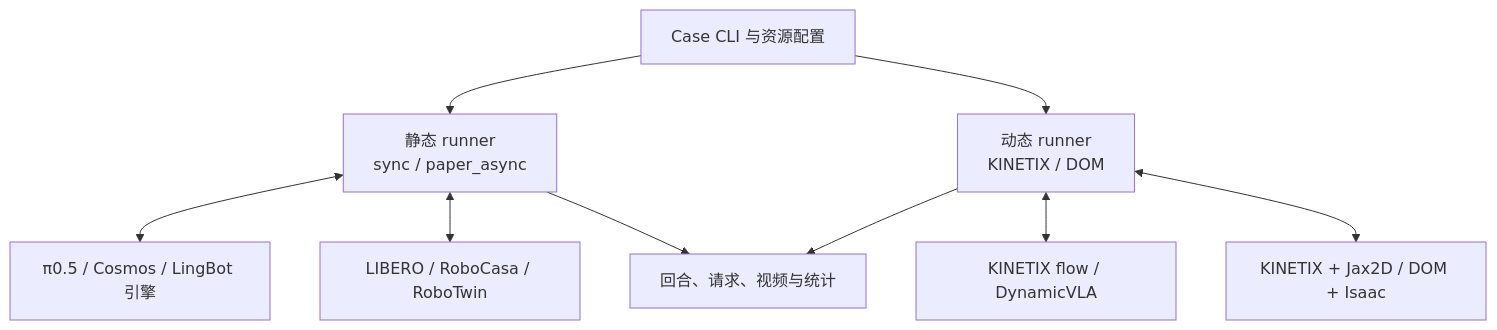
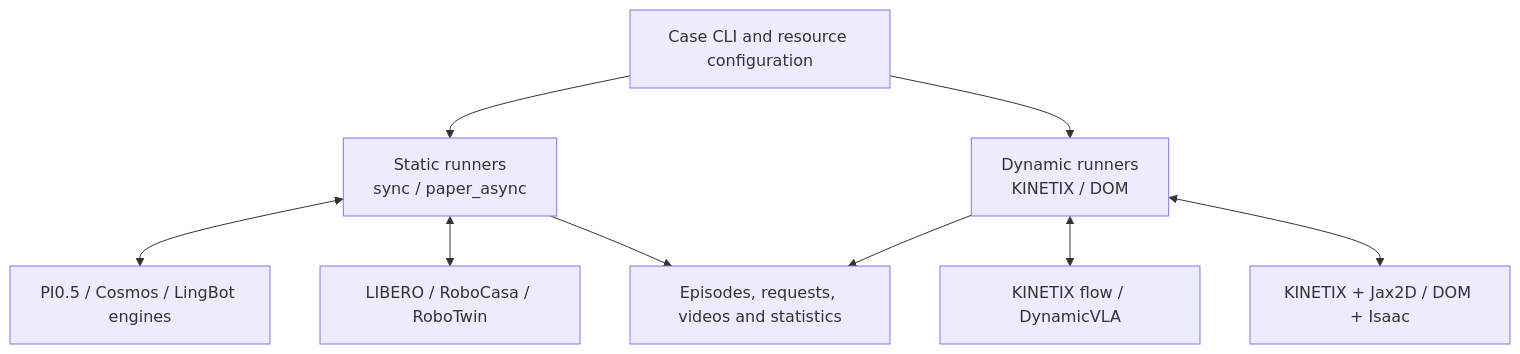
One commit to Ther-nullptr/robotics-the-speedup-paradox changed the diagram in README.md. Above: the diagram before and after it, drawn with Mermaid. The commit also changed other lines of this file and 5 other files, not shown here.

````diff
--- a/README.md
+++ b/README.md
@@ -143,13 +143,13 @@
 ```mermaid
 flowchart TB
-    accTitle: 静态与动态实验架构
-    accDescr: Case 入口分别连接静态和动态运行器，各自调用绑定的模型与模拟器，并输出实验记录。
-    case_entry["Case CLI 与资源配置"] --> static_runner["静态 runner<br/>sync / paper_async"]
-    case_entry --> dynamic_runner["动态 runner<br/>KINETIX / DOM"]
-    static_runner <--> static_model["π0.5 / Cosmos / LingBot 引擎"]
+    accTitle: Static and Dynamic Experiment Architecture
+    accDescr: Case entry points select separate static and dynamic runners, which call their bound models and simulators and emit experiment records.
+    case_entry["Case CLI and resource configuration"] --> static_runner["Static runners<br/>sync / paper_async"]
+    case_entry --> dynamic_runner["Dynamic runners<br/>KINETIX / DOM"]
+    static_runner <--> static_model["PI0.5 / Cosmos / LingBot engines"]
     static_runner <--> static_sim["LIBERO / RoboCasa / RoboTwin"]
     dynamic_runner <--> dynamic_model["KINETIX flow / DynamicVLA"]
     dynamic_runner <--> dynamic_sim["KINETIX + Jax2D / DOM + Isaac"]
-    static_runner --> artifacts["回合、请求、视频与统计"]
+    static_runner --> artifacts["Episodes, requests, videos and statistics"]
     dynamic_runner --> artifacts
 ```
````
